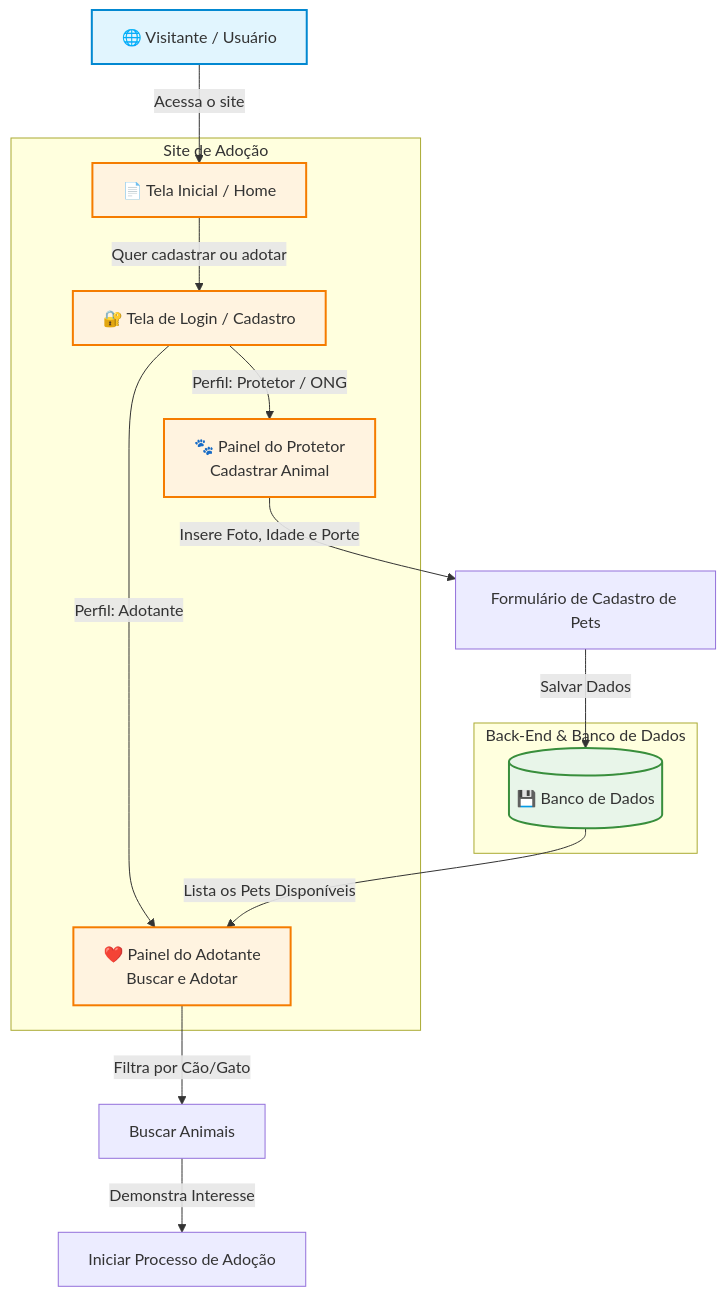
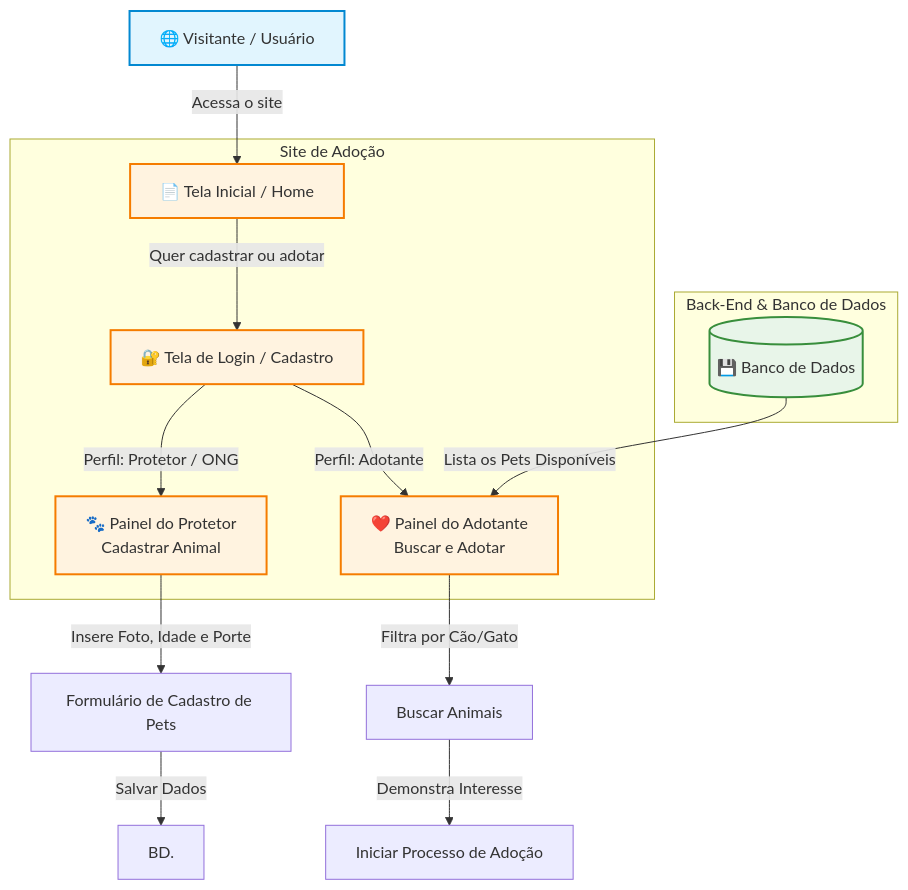
Before and after one commit to informaticaseed/tcc-2026-3b-equipe06-adocao-pets: the diagram in README.md, drawn with Mermaid.

````diff
--- a/README.md
+++ b/README.md
@@ -39,37 +39,37 @@
 ```mermaid
 graph TD
     %% Estilo Geral
     classDef usuario fill:#e1f5fe,stroke:#0288d1,stroke-width:2px;
     classDef sistema fill:#fff3e0,stroke:#f57c00,stroke-width:2px;
     classDef banco fill:#e8f5e9,stroke:#388e3c,stroke-width:2px;
 
     %% Nós Principais
     Visitante[🌐 Visitante / Usuário]:::usuario
     
     subgraph Plataforma_Web [Site de Adoção]
         Home[📄 Tela Inicial / Home]:::sistema
         Login[🔐 Tela de Login / Cadastro]:::sistema
         PainelProtetor[🐾 Painel do Protetor<br>Cadastrar Animal]:::sistema
         PainelAdotante[❤️ Painel do Adotante<br>Buscar e Adotar]:::sistema
     end
 
     subgraph Servidor_e_Dados [Back-End & Banco de Dados]
         BD[(💾 Banco de Dados)]:::banco
     end
 
     %% Fluxo de Navegação
     Visitante -->|Acessa o site| Home
     Home -->|Quer cadastrar ou adotar| Login
     
     Login -->|Perfil: Protetor / ONG| PainelProtetor
     Login -->|Perfil: Adotante| PainelAdotante
     
     %% Ações do Protetor
     PainelProtetor -->|Insere Foto, Idade e Porte| CadPet[Formulário de Cadastro de Pets]
-    CadPet -->|Salvar Dados| BD
+    CadPet -->|Salvar Dados| BD.
 
     %% Ações do Adotante
     BD -->|Lista os Pets Disponíveis| PainelAdotante
     PainelAdotante -->|Filtra por Cão/Gato| Buscar[Buscar Animais]
     Buscar -->|Demonstra Interesse| Adotar[Iniciar Processo de Adoção]
 ```
````
